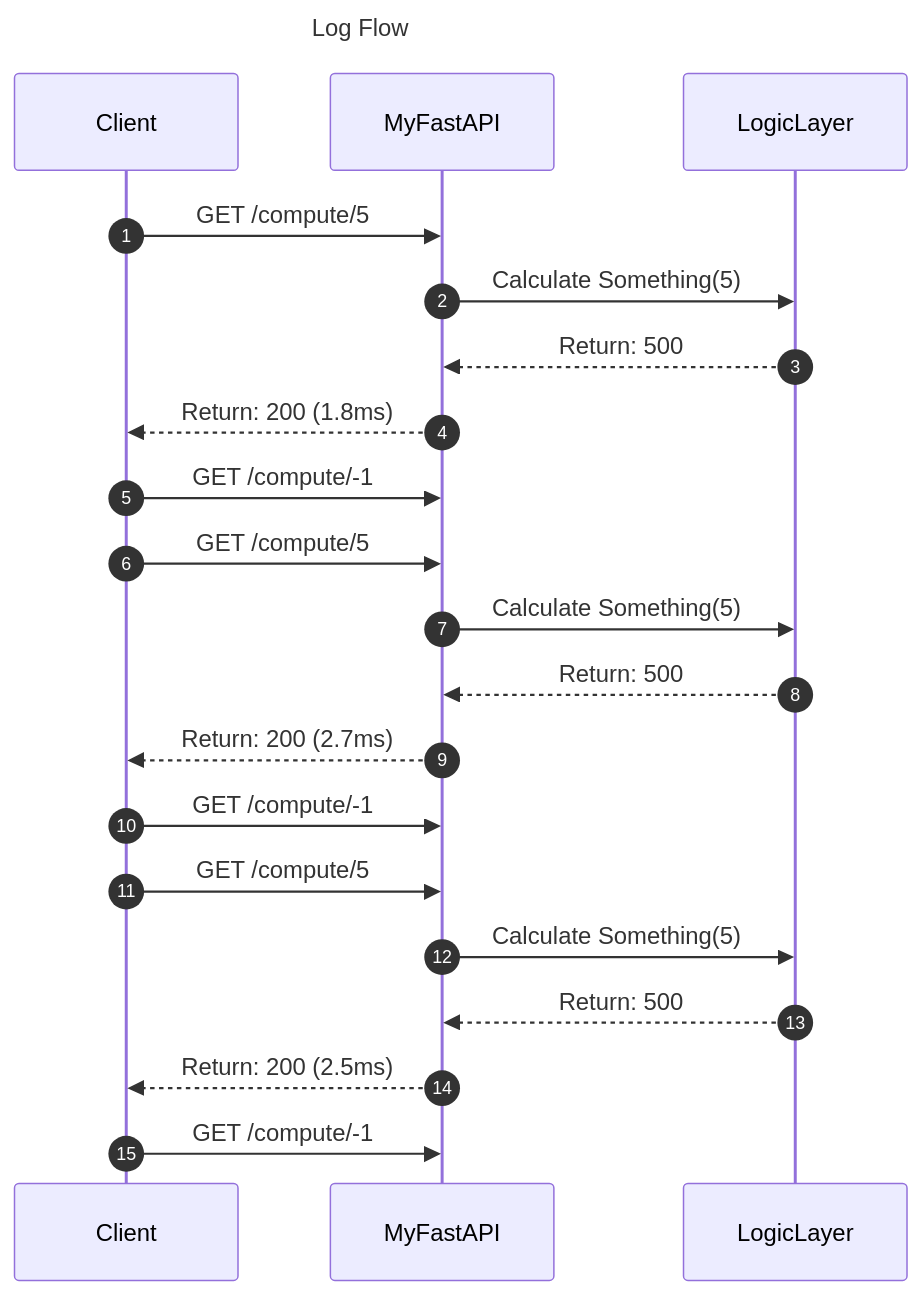
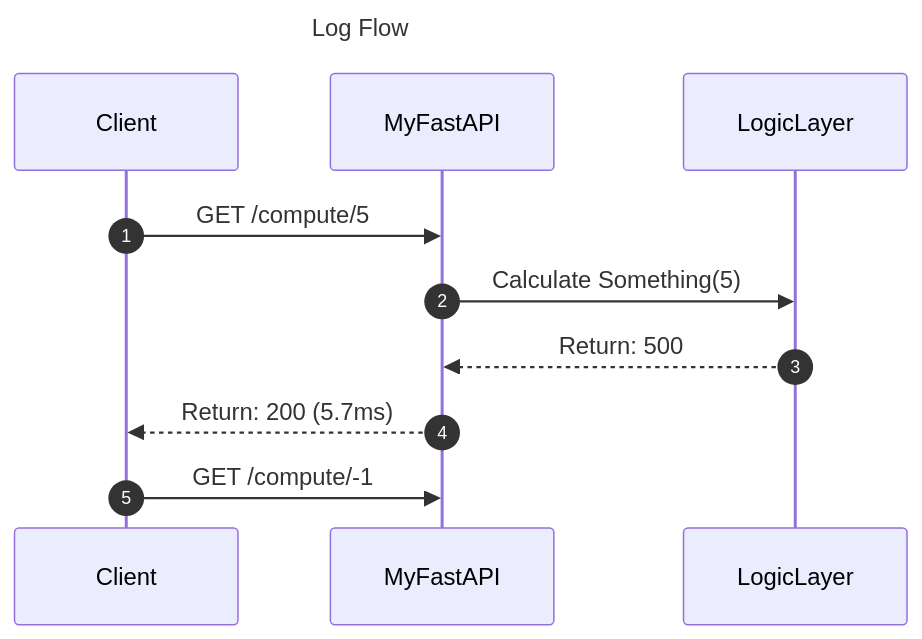
One commit to xt765/mermaid-trace changed the diagram in mermaid_diagrams/examples/fastapi_trace.mmd. Above: the diagram before and after it, drawn with Mermaid. The commit also changed 27 other files, not shown here.

```diff
--- a/mermaid_diagrams/examples/fastapi_trace.mmd
+++ b/mermaid_diagrams/examples/fastapi_trace.mmd
@@ -1,19 +1,9 @@
 sequenceDiagram
     title Log Flow
     autonumber
 
 Client->>MyFastAPI: GET /compute/5
 MyFastAPI->>LogicLayer: Calculate Something(5)
 LogicLayer-->>MyFastAPI: Return: 500
-MyFastAPI-->>Client: Return: 200 (1.8ms)
+MyFastAPI-->>Client: Return: 200 (5.7ms)
 Client->>MyFastAPI: GET /compute/-1
-Client->>MyFastAPI: GET /compute/5
-MyFastAPI->>LogicLayer: Calculate Something(5)
-LogicLayer-->>MyFastAPI: Return: 500
-MyFastAPI-->>Client: Return: 200 (2.7ms)
-Client->>MyFastAPI: GET /compute/-1
-Client->>MyFastAPI: GET /compute/5
-MyFastAPI->>LogicLayer: Calculate Something(5)
-LogicLayer-->>MyFastAPI: Return: 500
-MyFastAPI-->>Client: Return: 200 (2.5ms)
-Client->>MyFastAPI: GET /compute/-1
```
